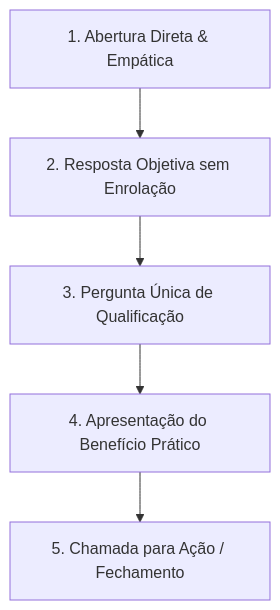
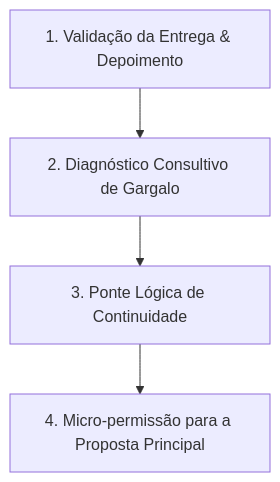
The diagram in PROMPT_SISTEMA_HUMANIZADO.md (enzo-playboy/OpenWA), drawn with Mermaid before and after one commit. The commit also changed other lines of this file, not shown here.

````diff
--- a/PROMPT_SISTEMA_HUMANIZADO.md
+++ b/PROMPT_SISTEMA_HUMANIZADO.md
@@ -37,7 +19,6 @@
 ```mermaid
 graph TD
-    A[1. Abertura Direta & Empática] --> B[2. Resposta Objetiva sem Enrolação]
-    B --> C[3. Pergunta Única de Qualificação]
-    C --> D[4. Apresentação do Benefício Prático]
-    D --> E[5. Chamada para Ação / Fechamento]
+    A[1. Validação da Entrega & Depoimento] --> B[2. Diagnóstico Consultivo de Gargalo]
+    B --> C[3. Ponte Lógica de Continuidade]
+    C --> D[4. Micro-permissão para a Proposta Principal]
 ```
````
